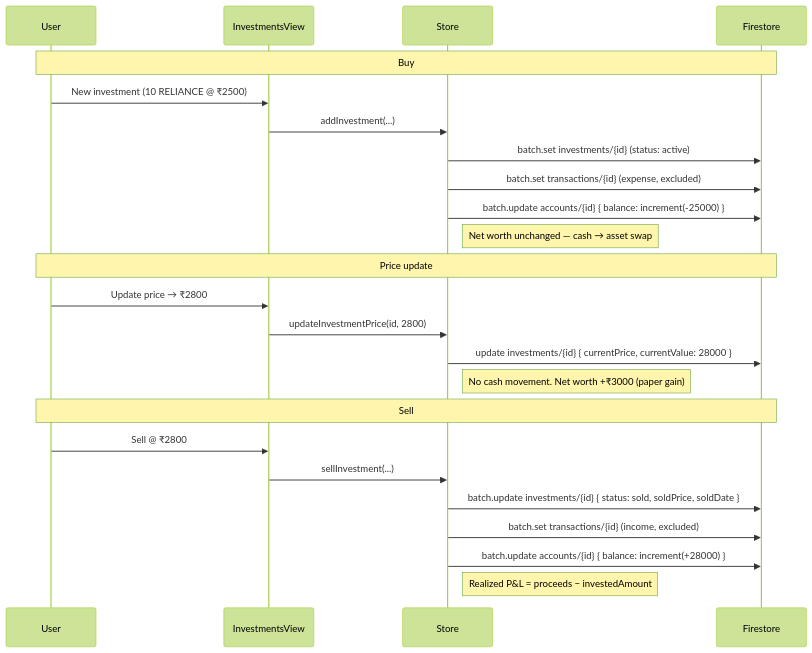
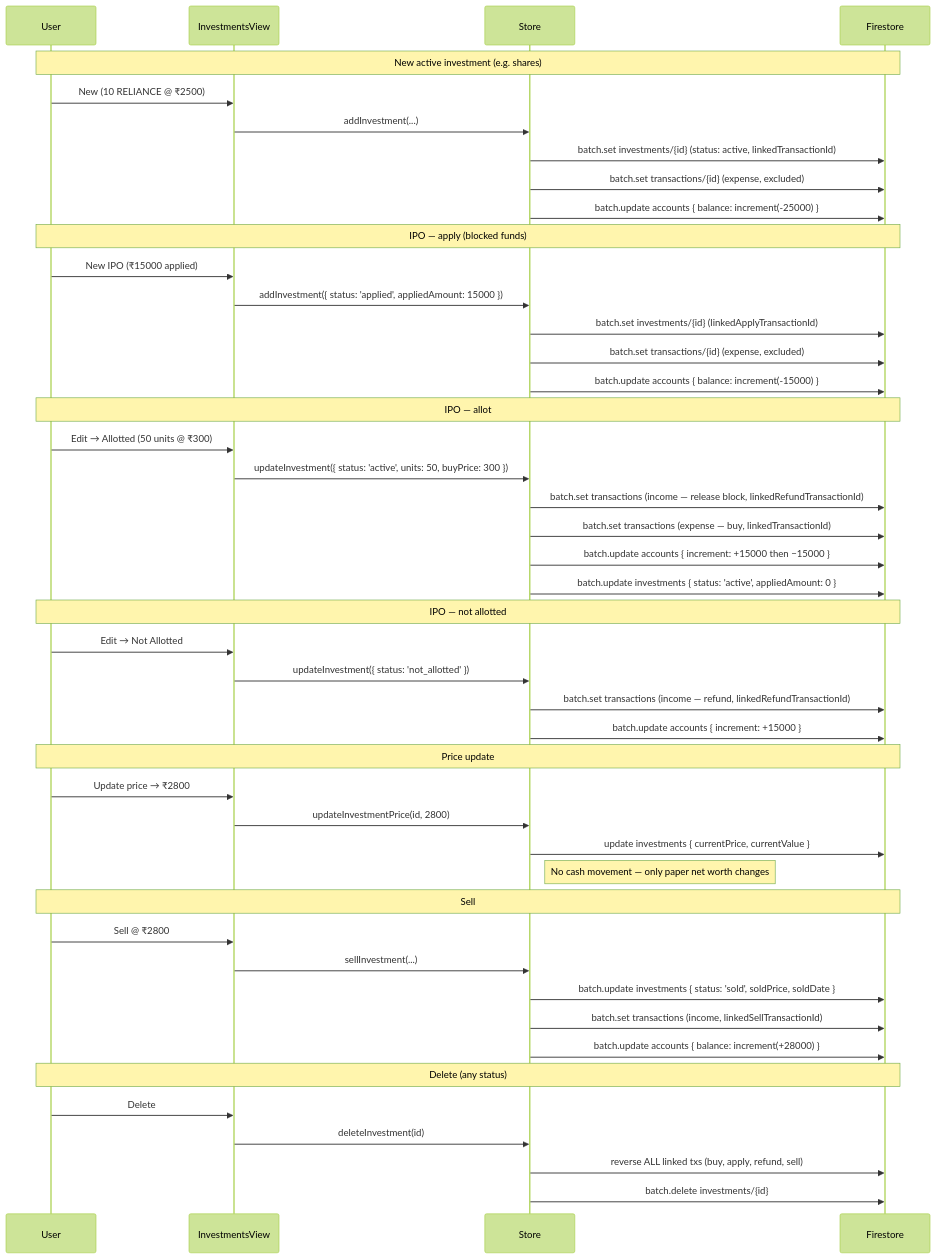
The sixth of 10 diagrams in README.md (kalmux1/Kalcy), drawn with Mermaid (forest theme) before and after one commit. The commit also changed other lines of this file and 1 other file, not shown here.

````diff
--- a/README.md
+++ b/README.md
@@ -567,29 +649,54 @@
 ```mermaid
 sequenceDiagram
     participant U as User
     participant IV as InvestmentsView
     participant S as Store
     participant FS as Firestore
 
-    Note over U,FS: Buy
-    U->>IV: New investment (10 RELIANCE @ ₹2500)
+    Note over U,FS: New active investment (e.g. shares)
+    U->>IV: New (10 RELIANCE @ ₹2500)
     IV->>S: addInvestment(...)
-    S->>FS: batch.set investments/{id}  (status: active)
+    S->>FS: batch.set investments/{id} (status: active, linkedTransactionId)
     S->>FS: batch.set transactions/{id} (expense, excluded)
-    S->>FS: batch.update accounts/{id}  { balance: increment(-25000) }
-    Note right of S: Net worth unchanged — cash → asset swap
+    S->>FS: batch.update accounts { balance: increment(-25000) }
+
+    Note over U,FS: IPO — apply (blocked funds)
+    U->>IV: New IPO (₹15000 applied)
+    IV->>S: addInvestment({ status: 'applied', appliedAmount: 15000 })
+    S->>FS: batch.set investments/{id} (linkedApplyTransactionId)
+    S->>FS: batch.set transactions/{id} (expense, excluded)
+    S->>FS: batch.update accounts { balance: increment(-15000) }
+
+    Note over U,FS: IPO — allot
+    U->>IV: Edit → Allotted (50 units @ ₹300)
+    IV->>S: updateInvestment({ status: 'active', units: 50, buyPrice: 300 })
+    S->>FS: batch.set transactions (income — release block, linkedRefundTransactionId)
+    S->>FS: batch.set transactions (expense — buy, linkedTransactionId)
+    S->>FS: batch.update accounts { increment: +15000 then −15000 }
+    S->>FS: batch.update investments { status: 'active', appliedAmount: 0 }
+
+    Note over U,FS: IPO — not allotted
+    U->>IV: Edit → Not Allotted
+    IV->>S: updateInvestment({ status: 'not_allotted' })
+    S->>FS: batch.set transactions (income — refund, linkedRefundTransactionId)
+    S->>FS: batch.update accounts { increment: +15000 }
 
     Note over U,FS: Price update
     U->>IV: Update price → ₹2800
     IV->>S: updateInvestmentPrice(id, 2800)
-    S->>FS: update investments/{id}  { currentPrice, currentValue: 28000 }
-    Note right of S: No cash movement. Net worth +₹3000 (paper gain)
+    S->>FS: update investments { currentPrice, currentValue }
+    Note right of S: No cash movement — only paper net worth changes
 
     Note over U,FS: Sell
     U->>IV: Sell @ ₹2800
     IV->>S: sellInvestment(...)
-    S->>FS: batch.update investments/{id}  { status: sold, soldPrice, soldDate }
-    S->>FS: batch.set transactions/{id} (income, excluded)
-    S->>FS: batch.update accounts/{id}  { balance: increment(+28000) }
-    Note right of S: Realized P&L = proceeds − investedAmount
+    S->>FS: batch.update investments { status: 'sold', soldPrice, soldDate }
+    S->>FS: batch.set transactions (income, linkedSellTransactionId)
+    S->>FS: batch.update accounts { balance: increment(+28000) }
+
+    Note over U,FS: Delete (any status)
+    U->>IV: Delete
+    IV->>S: deleteInvestment(id)
+    S->>FS: reverse ALL linked txs (buy, apply, refund, sell)
+    S->>FS: batch.delete investments/{id}
 ```
````
